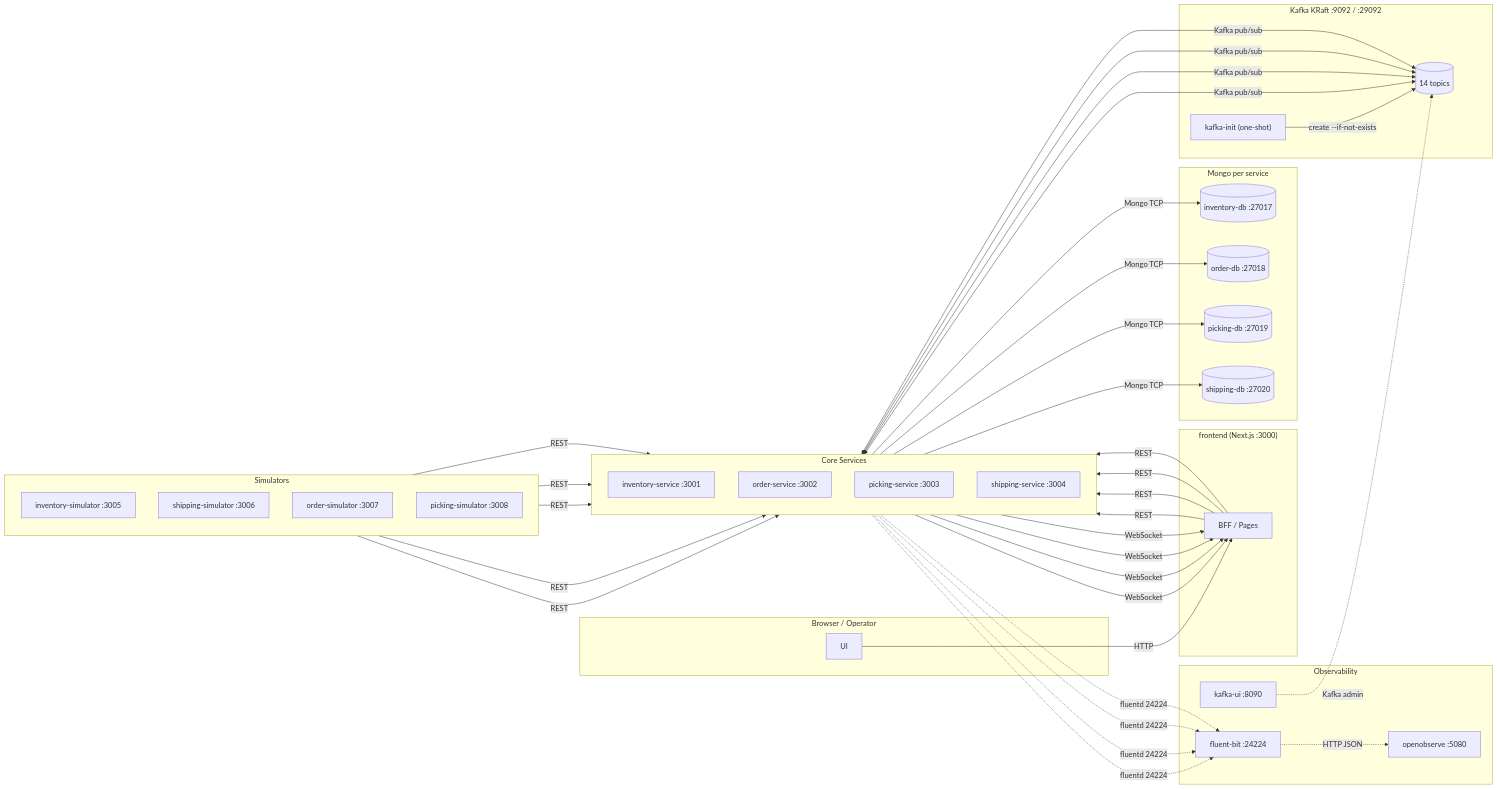
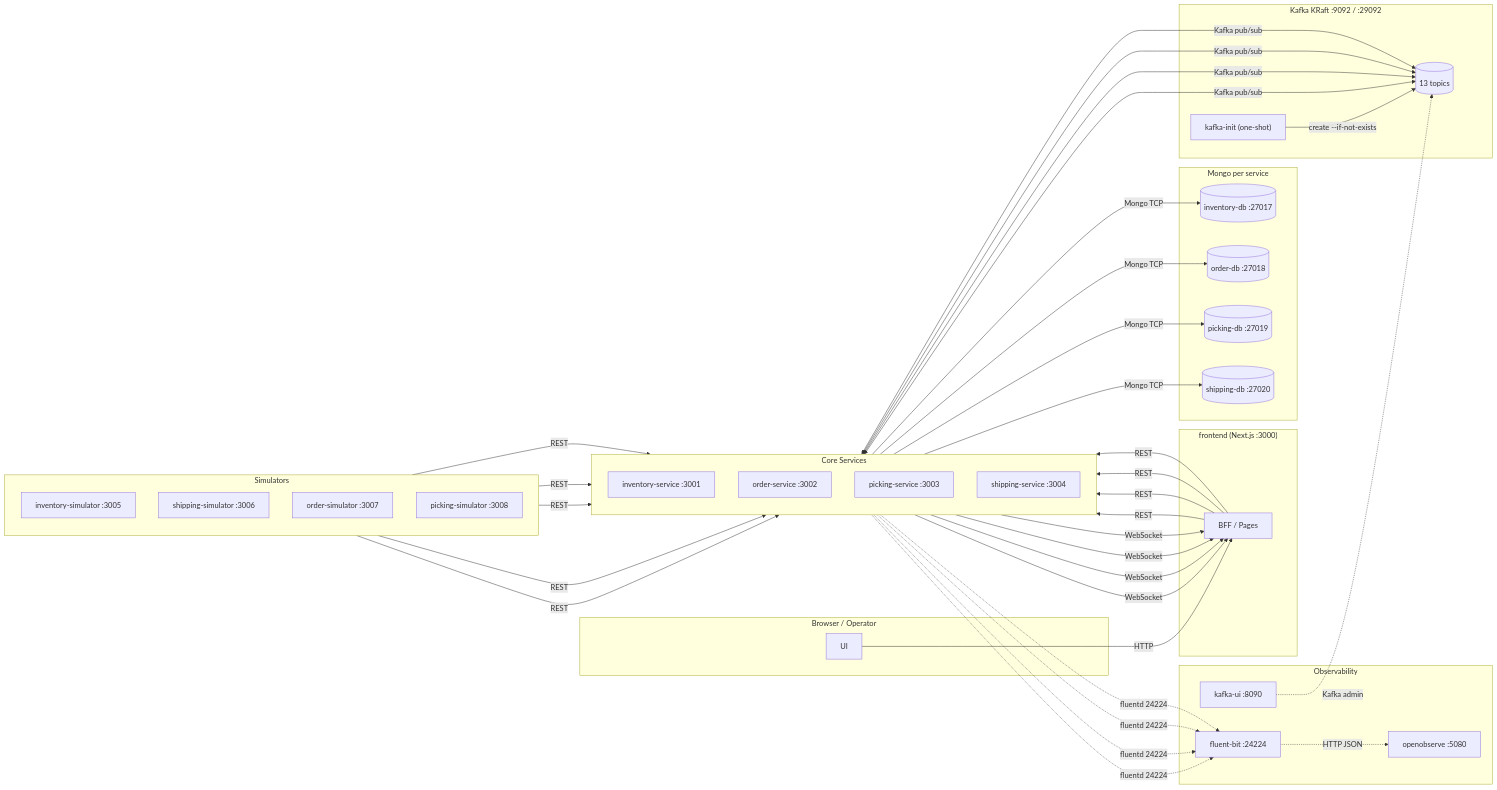
The first of 11 diagrams in docs/software-architecture-report.md (matteoventuri7/WHS), drawn with Mermaid before and after one commit. The commit also changed other lines of this file and 3 other files, not shown here.

````diff
--- a/docs/software-architecture-report.md
+++ b/docs/software-architecture-report.md
@@ -367,79 +444,79 @@
 ```mermaid
 flowchart LR
     subgraph Client["Browser / Operator"]
         U["UI"]
     end
 
     subgraph FE["frontend (Next.js :3000)"]
         FEAPI["BFF / Pages"]
     end
 
     subgraph Core["Core Services"]
         direction TB
         INV["inventory-service :3001"]
         ORD["order-service :3002"]
         PICK["picking-service :3003"]
         SHIP["shipping-service :3004"]
     end
 
     subgraph Sims["Simulators"]
         direction TB
         INVSIM["inventory-simulator :3005"]
         SHIPSIM["shipping-simulator :3006"]
         ORDSIM["order-simulator :3007"]
         PICKSIM["picking-simulator :3008"]
     end
 
     subgraph Broker["Kafka KRaft :9092 / :29092"]
-        TOPICS[("14 topics")]
+        TOPICS[("13 topics")]
         KINIT["kafka-init (one-shot)"]
     end
 
     subgraph DBs["Mongo per service"]
         IDB[("inventory-db :27017")]
         ODB[("order-db :27018")]
         PDB[("picking-db :27019")]
         SDB[("shipping-db :27020")]
     end
 
     subgraph Obs["Observability"]
         FB["fluent-bit :24224"]
         OO["openobserve :5080"]
         KUI["kafka-ui :8090"]
     end
 
     U -- "HTTP" --> FEAPI
     FEAPI -- "REST" --> INV
     FEAPI -- "REST" --> ORD
     FEAPI -- "REST" --> PICK
     FEAPI -- "REST" --> SHIP
     INV -- "WebSocket" --> FEAPI
     ORD -- "WebSocket" --> FEAPI
     PICK -- "WebSocket" --> FEAPI
     SHIP -- "WebSocket" --> FEAPI
 
     INV <-- "Kafka pub/sub" --> TOPICS
     ORD <-- "Kafka pub/sub" --> TOPICS
     PICK <-- "Kafka pub/sub" --> TOPICS
     SHIP <-- "Kafka pub/sub" --> TOPICS
 
     INVSIM -- "REST" --> INV
     ORDSIM -- "REST" --> ORD
     ORDSIM -- "REST" --> INV
     PICKSIM -- "REST" --> PICK
     SHIPSIM -- "REST" --> SHIP
 
     KINIT -- "create --if-not-exists" --> TOPICS
 
     INV -- "Mongo TCP" --> IDB
     ORD -- "Mongo TCP" --> ODB
     PICK -- "Mongo TCP" --> PDB
     SHIP -- "Mongo TCP" --> SDB
 
     INV -. "fluentd 24224" .-> FB
     ORD -. "fluentd 24224" .-> FB
     PICK -. "fluentd 24224" .-> FB
     SHIP -. "fluentd 24224" .-> FB
     FB -. "HTTP JSON" .-> OO
     KUI -. "Kafka admin" .-> TOPICS
 ```
````
